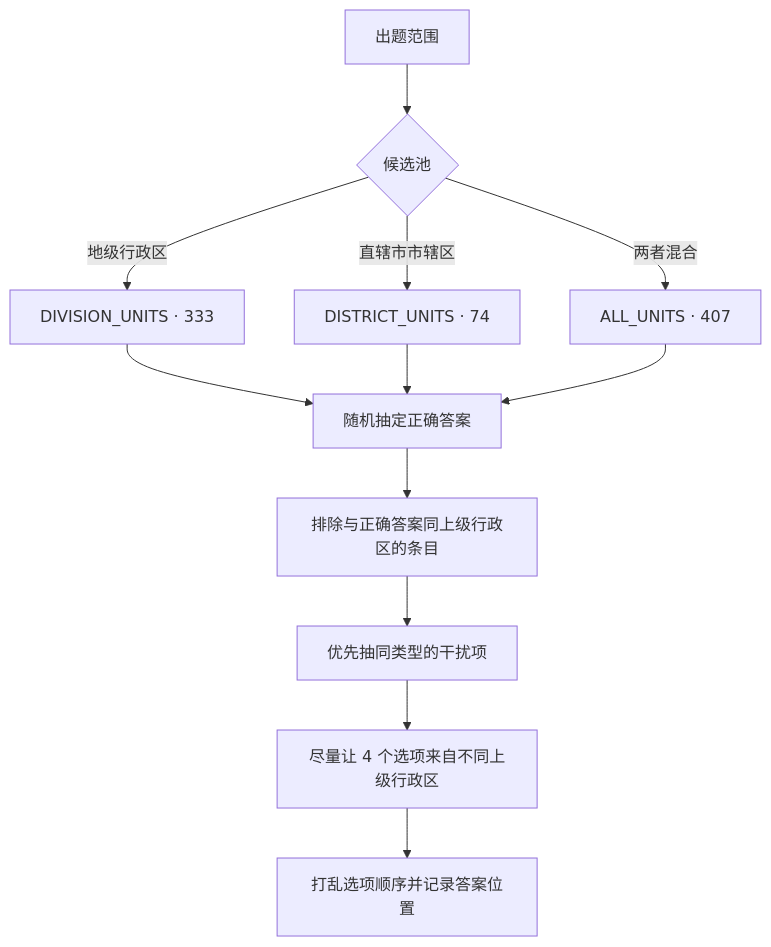
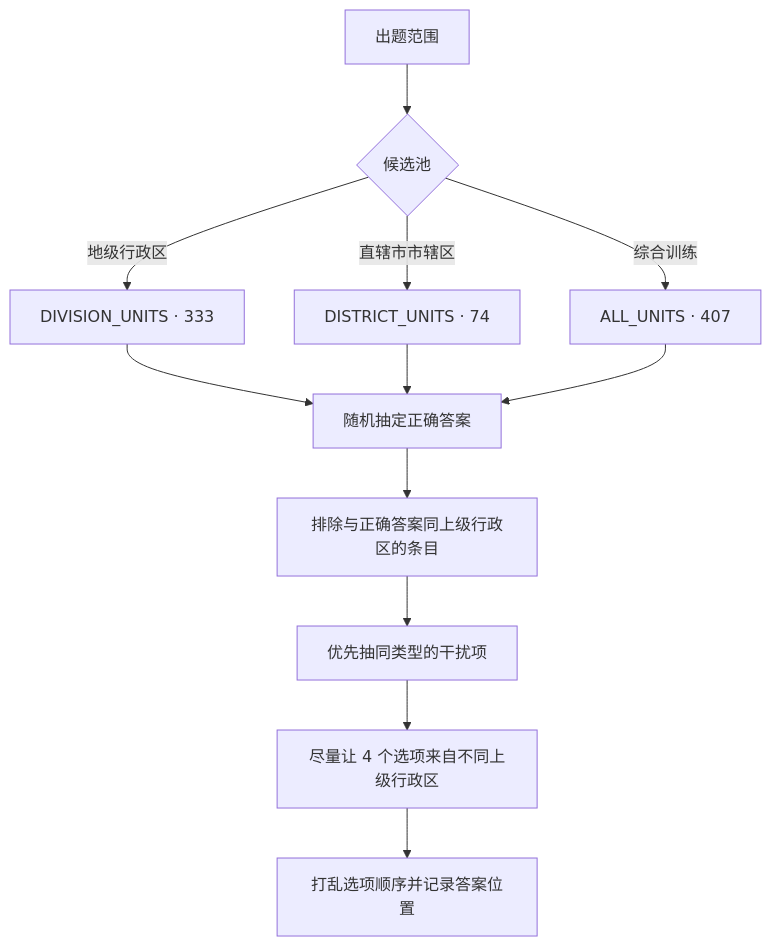
The first of 2 diagrams in README.md (Structuretxwd/xiaoce), drawn with Mermaid before and after one commit. The commit also changed other lines of this file, not shown here.

````diff
--- a/README.md
+++ b/README.md
@@ -66,14 +68,14 @@
 ```mermaid
 flowchart TD
     S[出题范围] --> P{候选池}
     P -->|地级行政区| P1[DIVISION_UNITS · 333]
     P -->|直辖市市辖区| P2[DISTRICT_UNITS · 74]
-    P -->|两者混合| P3[ALL_UNITS · 407]
+    P -->|综合训练| P3[ALL_UNITS · 407]
     P1 --> C[随机抽定正确答案]
     P2 --> C
     P3 --> C
     C --> D[排除与正确答案同上级行政区的条目]
     D --> E[优先抽同类型的干扰项]
     E --> F[尽量让 4 个选项来自不同上级行政区]
     F --> G[打乱选项顺序并记录答案位置]
 ```
````
